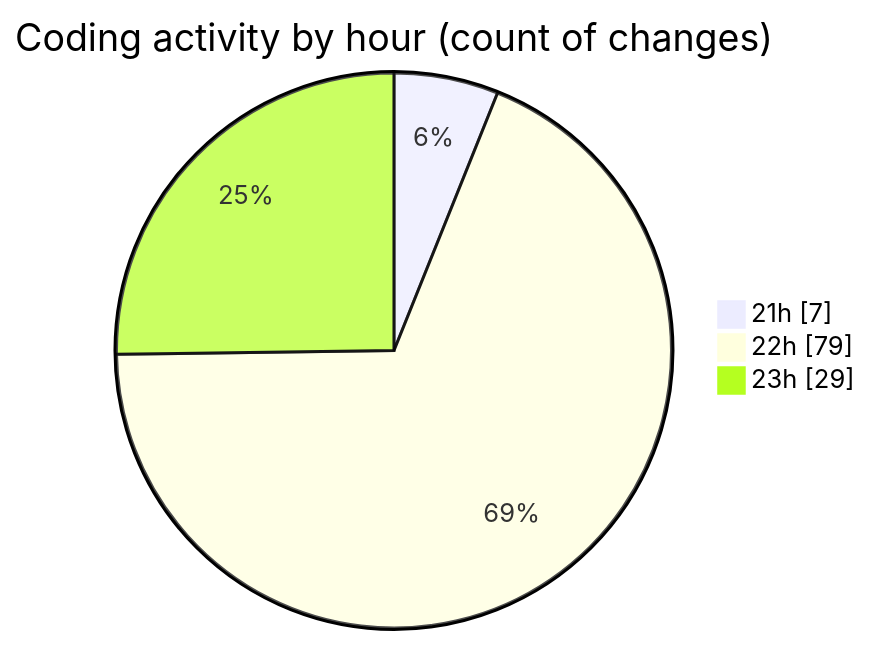
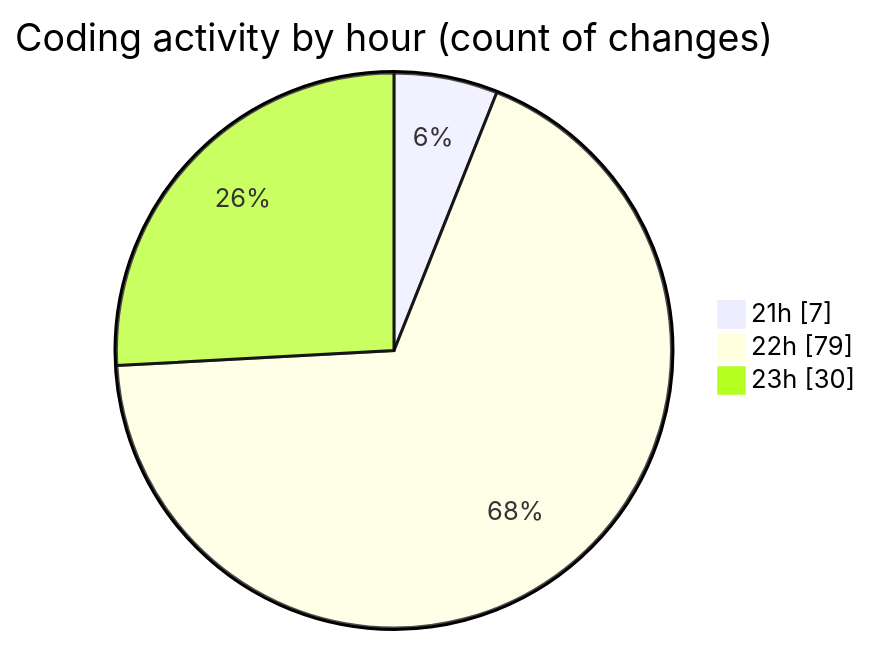
Before and after one commit to EIIisD/code-tracking: the second of 2 diagrams in 2025-08-26/mcp-web/README.md, drawn with Mermaid. The commit also changed other lines of this file and 1 other file, not shown here.

````diff
--- a/2025-08-26/mcp-web/README.md
+++ b/2025-08-26/mcp-web/README.md
@@ -37,7 +37,7 @@
 ```mermaid
 pie showData
 title Coding activity by hour (count of changes)
 "21h" : 7
 "22h" : 79
-"23h" : 29
+"23h" : 30
 ```
````
